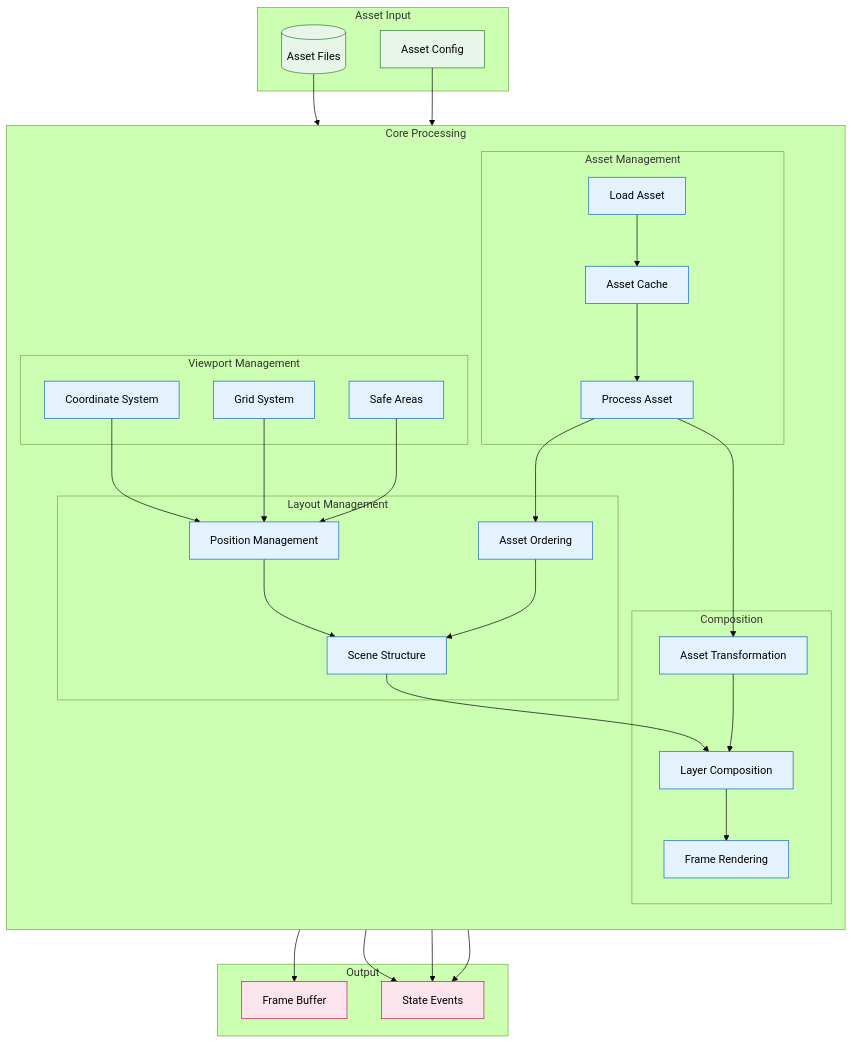
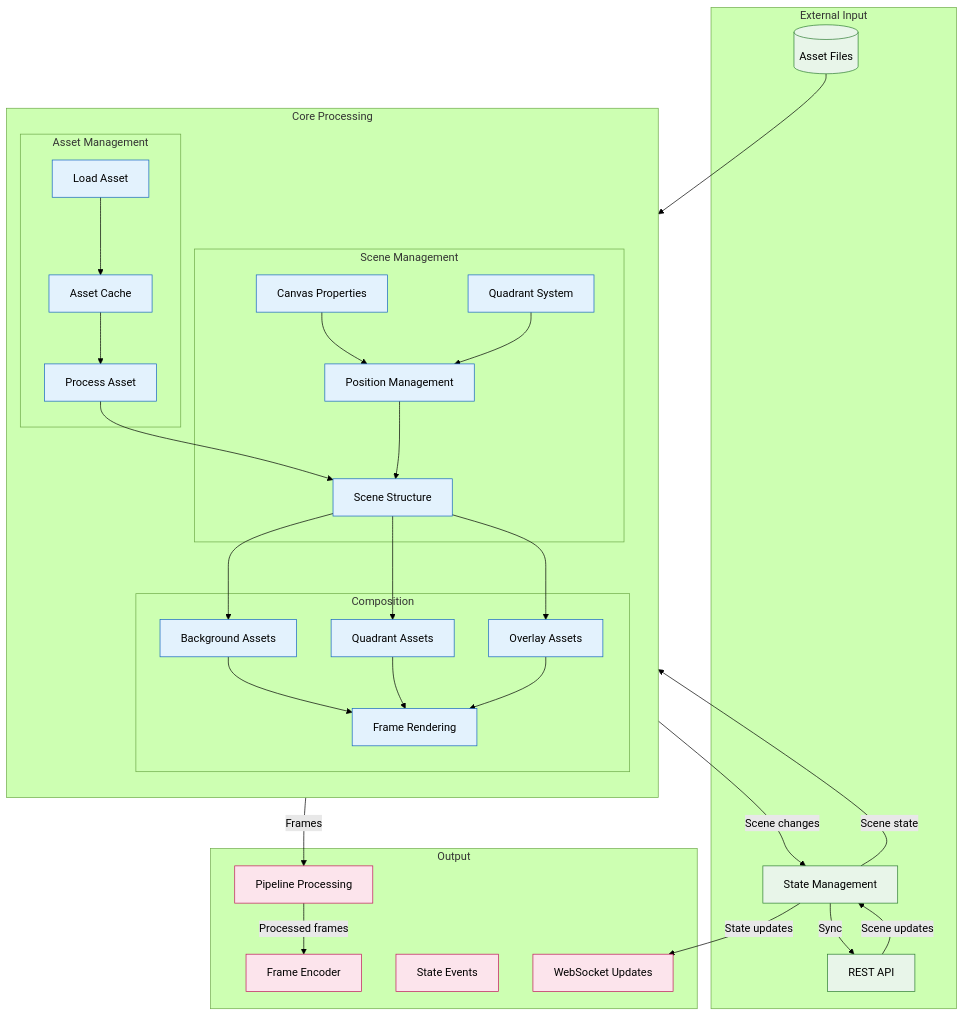
One commit to bigshellpliskin/sothebais changed the second of 2 diagrams in apps/stream-manager/src/core/README.md. Above: the diagram before and after it, drawn with Mermaid (forest theme). The commit also changed other lines of this file and 38 other files, not shown here.

First line of the commit message:
Refactor Stream Manager Core Architecture: Consolidate Scene and Composition Management

````diff
--- a/apps/stream-manager/src/core/README.md
+++ b/apps/stream-manager/src/core/README.md
@@ -48,78 +43,77 @@
 ```mermaid
 flowchart TD
-    subgraph Input ["Asset Input"]
+    subgraph Input ["External Input"]
         Files[(Asset Files)]
-        Config[Asset Config]
+        API[REST API]
+        State[State Management]
     end
 
     subgraph Core ["Core Processing"]
         direction TB
         
         subgraph AM ["Asset Management"]
             Load[Load Asset]
             Cache[Asset Cache]
             Process[Process Asset]
         end
 
-        subgraph VM ["Viewport Management"]
-            Coords[Coordinate System]
-            Grid[Grid System]
-            Safe[Safe Areas]
-        end
-
-        subgraph LM ["Layout Management"]
+        subgraph SM ["Scene Management"]
+            Canvas[Canvas Properties]
+            Quadrants[Quadrant System]
             Scene[Scene Structure]
-            Assets[Asset Ordering]
             Position[Position Management]
         end
 
         subgraph CM ["Composition"]
-            Composite[Layer Composition]
-            Transform[Asset Transformation]
+            Background[Background Assets]
+            QuadrantAssets[Quadrant Assets]
+            Overlay[Overlay Assets]
             Render[Frame Rendering]
         end
     end
 
     subgraph Output ["Output"]
-        Frame[Frame Buffer]
+        Pipeline[Pipeline Processing]
+        Encoder[Frame Encoder]
         Events[State Events]
+        WSUpdates[WebSocket Updates]
     end
 
     %% Input relationships
     Files --> Load
-    Config --> Process
+    State -->|"Scene state"| Scene
+    API -->|"Scene updates"| State
 
     %% Asset Management flow
     Load --> Cache
     Cache --> Process
-    Process --> Assets
-    Process --> Transform
+    Process --> Scene
 
-    %% Viewport Management flow
-    Coords --> Position
-    Grid --> Position
-    Safe --> Position
-
-    %% Layout Management flow
+    %% Scene Management flow
+    Canvas --> Position
+    Quadrants --> Position
     Position --> Scene
-    Assets --> Scene
-    Scene --> Composite
 
     %% Composition flow
-    Transform --> Composite
-    Composite --> Render
-    Render --> Frame
+    Scene --> Background
+    Scene --> QuadrantAssets
+    Scene --> Overlay
+    Background --> Render
+    QuadrantAssets --> Render
+    Overlay --> Render
+    Render -->|"Frames"| Pipeline
+    Pipeline -->|"Processed frames"| Encoder
     
-    %% State events
-    Scene --> Events
-    Position --> Events
-    Transform --> Events
+    %% State and API events
+    Scene -->|"Scene changes"| State
+    State -->|"State updates"| WSUpdates
+    State -->|"Sync"| API
 
     classDef input fill:#e8f5e9,stroke:#2e7d32;
     classDef core fill:#e3f2fd,stroke:#1565c0;
     classDef output fill:#fce4ec,stroke:#c2185b;
     
-    class Files,Config input;
-    class Load,Cache,Process,Coords,Grid,Safe,Scene,Assets,Position,Composite,Transform,Render core;
-    class Frame,Events output;
+    class Files,API,State input;
+    class Load,Cache,Process,Canvas,Quadrants,Scene,Position,Background,QuadrantAssets,Overlay,Render core;
+    class Pipeline,Encoder,Events,WSUpdates output;
 ```
````
